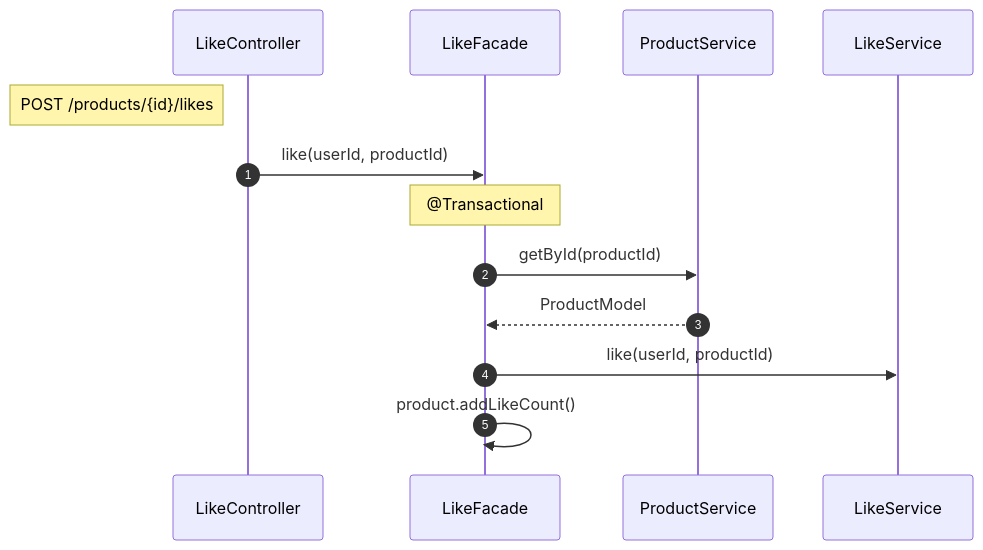
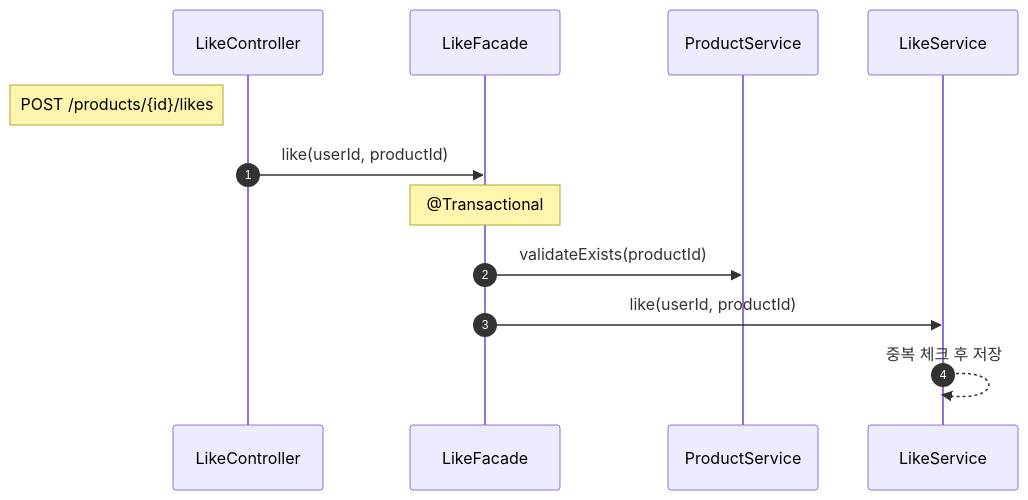
One commit to plan11plan/loop-pack-be-l2-vol3-java changed the first of 4 diagrams in docs/design/like/DESIGN.md. Above: the diagram before and after it, drawn with Mermaid. The commit also changed other lines of this file, not shown here.

````diff
--- a/docs/design/like/DESIGN.md
+++ b/docs/design/like/DESIGN.md
@@ -78,20 +79,18 @@
 ```mermaid
 sequenceDiagram
     autonumber
 
     participant LC as LikeController
     participant LF as LikeFacade
     participant PS as ProductService
     participant LS as LikeService
 
     Note left of LC: POST /products/{id}/likes
 
     LC->>LF: like(userId, productId)
 
     Note over LF: @Transactional
-    LF->>PS: getById(productId)
-    PS-->>LF: ProductModel
-
+    LF->>PS: validateExists(productId)
     LF->>LS: like(userId, productId)
-    LF->>LF: product.addLikeCount()
+    LS-->>LS: 중복 체크 후 저장
 ```
````
